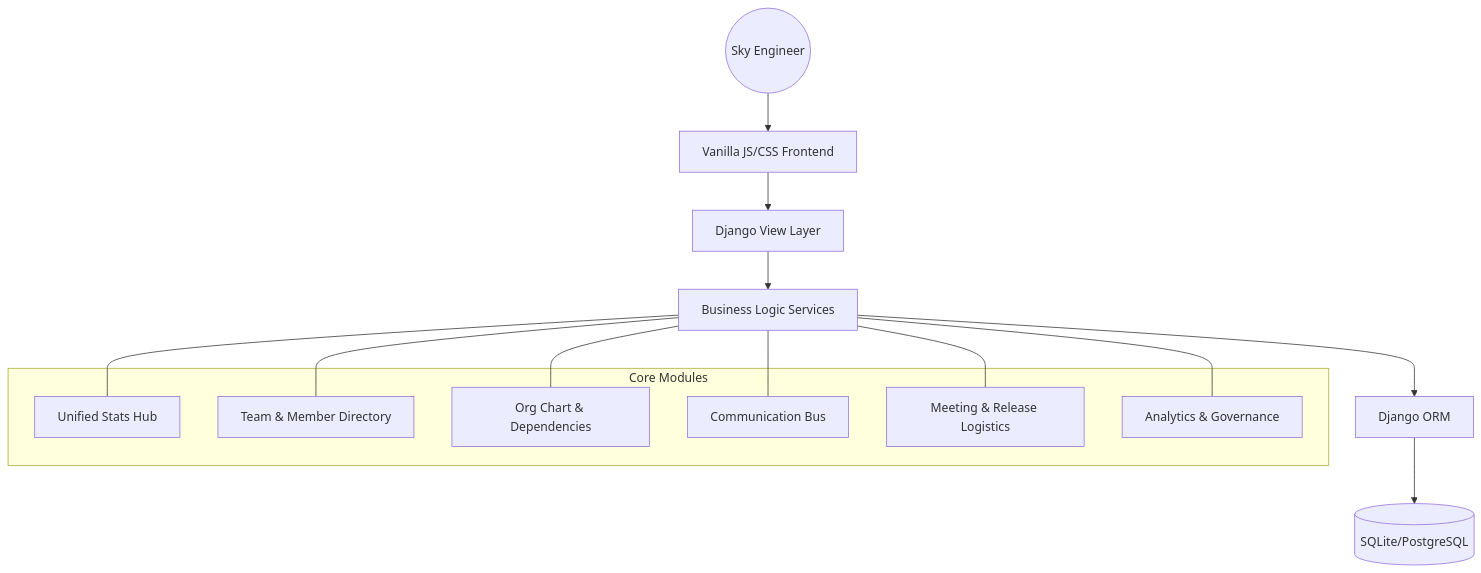
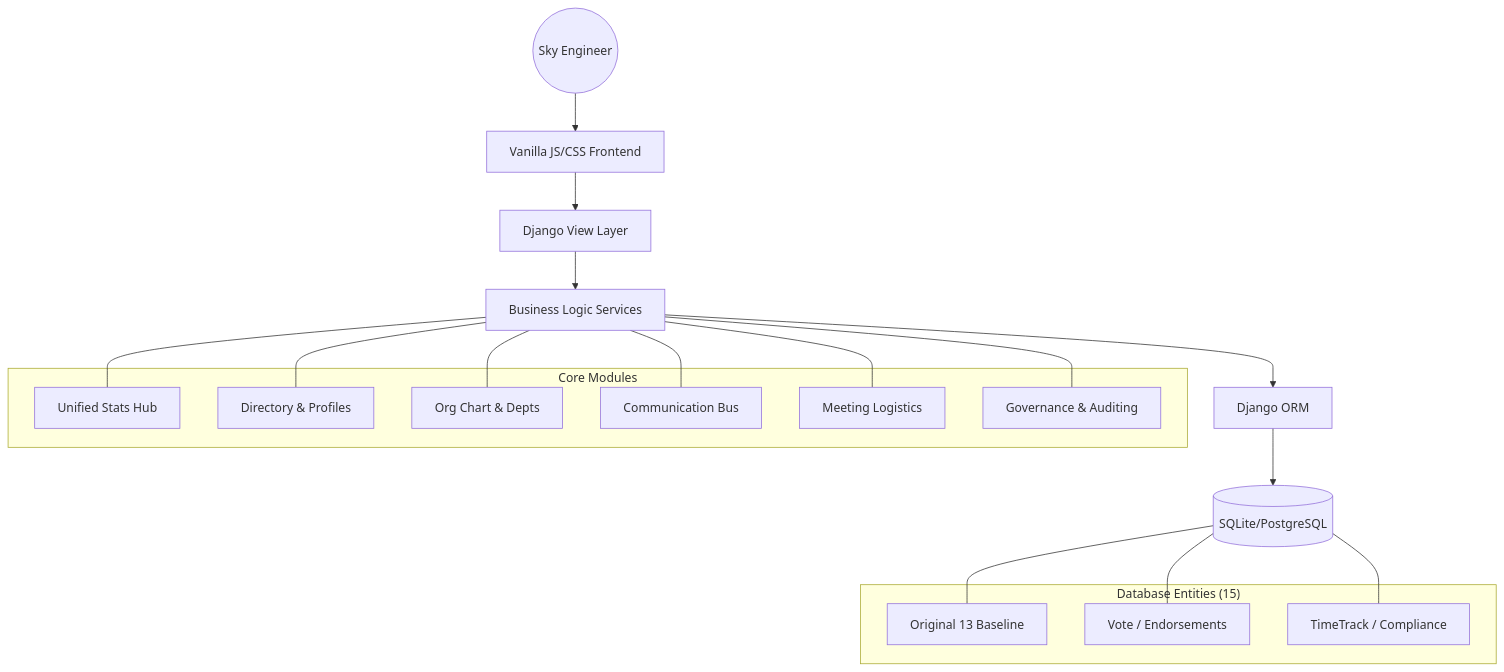
One commit to HussainBhatoo/Sky-Project changed the diagram in README.md. Above: the diagram before and after it, drawn with Mermaid. The commit also changed 9 other files, not shown here.

Commit message:
docs: finalize 15-entity schema documentation and individual roadmaps

````diff
--- a/README.md
+++ b/README.md
@@ -21,24 +21,33 @@
 ```mermaid
 graph TD
     User((Sky Engineer)) --> Web[Vanilla JS/CSS Frontend]
     Web --> View[Django View Layer]
     View --> Logic[Business Logic Services]
     Logic --> ORM[Django ORM]
     ORM --> DB[(SQLite/PostgreSQL)]
     
     subgraph "Core Modules"
         Dashboard[Unified Stats Hub]
-        Teams[Team & Member Directory]
-        Org[Org Chart & Dependencies]
+        Teams[Directory & Profiles]
+        Org[Org Chart & Depts]
         Messages[Communication Bus]
-        Schedule[Meeting & Release Logistics]
-        Reports[Analytics & Governance]
+        Schedule[Meeting Logistics]
+        Reports[Governance & Auditing]
+    end
+
+    subgraph "Database Entities (15)"
+        E1_13[Original 13 Baseline]
+        E14[Vote / Endorsements]
+        E15[TimeTrack / Compliance]
     end
     
     Logic --- Dashboard
     Logic --- Teams
     Logic --- Org
     Logic --- Messages
     Logic --- Schedule
     Logic --- Reports
+    DB --- E1_13
+    DB --- E14
+    DB --- E15
 ```
````
